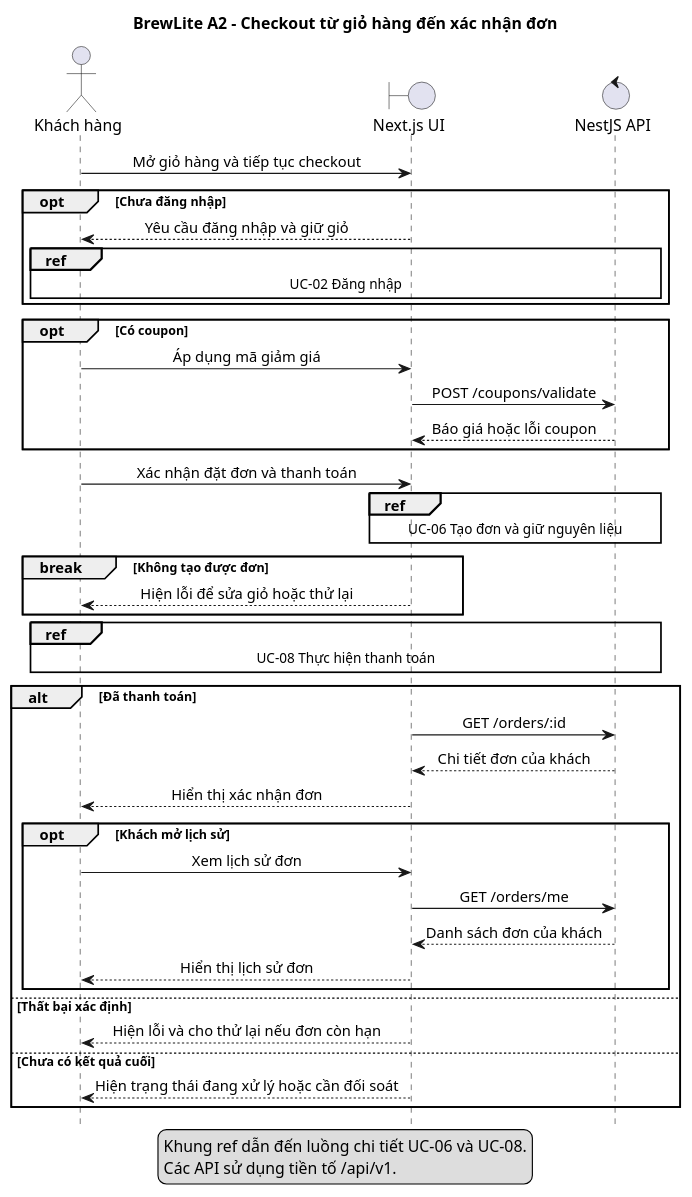
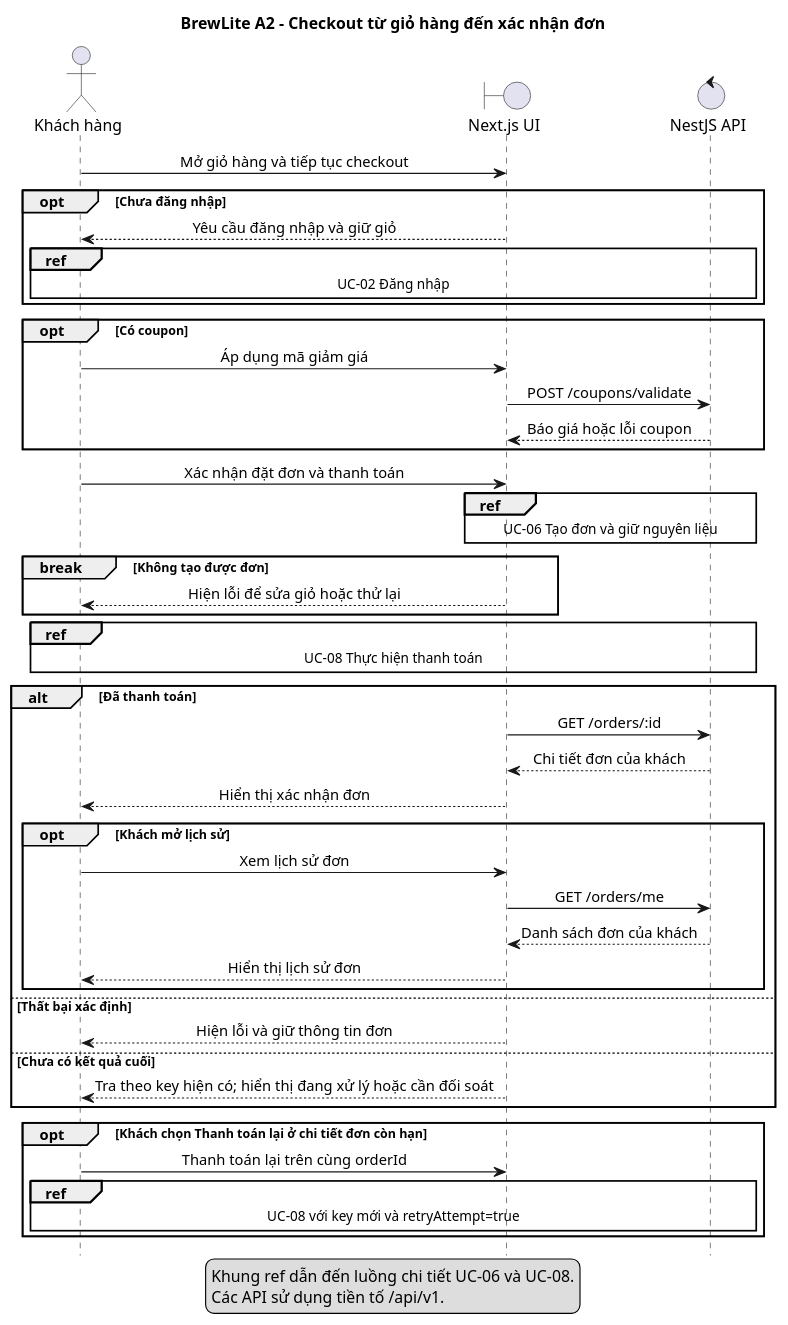
One commit to Fatcatmmb-sudo/BrewLite_A2 changed the diagram in docs/diagrams/sequence-checkout.puml. Above: the diagram before and after it, drawn with PlantUML. The commit also changed 31 other files, not shown here.

```diff
--- a/docs/diagrams/sequence-checkout.puml
+++ b/docs/diagrams/sequence-checkout.puml
@@ -1,47 +1,51 @@
 @startuml
 title BrewLite A2 - Checkout từ giỏ hàng đến xác nhận đơn
 hide footbox
 skinparam defaultFontName Arial
 skinparam shadowing false
 skinparam sequenceMessageAlign center
 actor "Khách hàng" as Customer
 boundary "Next.js UI" as UI
 control "NestJS API" as API
 
 Customer -> UI: Mở giỏ hàng và tiếp tục checkout
 opt Chưa đăng nhập
   UI --> Customer: Yêu cầu đăng nhập và giữ giỏ
   ref over Customer, UI, API: UC-02 Đăng nhập
 end
 opt Có coupon
   Customer -> UI: Áp dụng mã giảm giá
   UI -> API: POST /coupons/validate
   API --> UI: Báo giá hoặc lỗi coupon
 end
 Customer -> UI: Xác nhận đặt đơn và thanh toán
 ref over UI, API: UC-06 Tạo đơn và giữ nguyên liệu
 break Không tạo được đơn
   UI --> Customer: Hiện lỗi để sửa giỏ hoặc thử lại
 end
 
 ref over Customer, UI, API: UC-08 Thực hiện thanh toán
 alt Đã thanh toán
   UI -> API: GET /orders/:id
   API --> UI: Chi tiết đơn của khách
   UI --> Customer: Hiển thị xác nhận đơn
   opt Khách mở lịch sử
     Customer -> UI: Xem lịch sử đơn
     UI -> API: GET /orders/me
     API --> UI: Danh sách đơn của khách
     UI --> Customer: Hiển thị lịch sử đơn
   end
 else Thất bại xác định
-  UI --> Customer: Hiện lỗi và cho thử lại nếu đơn còn hạn
+  UI --> Customer: Hiện lỗi và giữ thông tin đơn
 else Chưa có kết quả cuối
-  UI --> Customer: Hiện trạng thái đang xử lý hoặc cần đối soát
+  UI --> Customer: Tra theo key hiện có; hiển thị đang xử lý hoặc cần đối soát
+end
+opt Khách chọn Thanh toán lại ở chi tiết đơn còn hạn
+  Customer -> UI: Thanh toán lại trên cùng orderId
+  ref over Customer, UI, API: UC-08 với key mới và retryAttempt=true
 end
 legend bottom
   Khung ref dẫn đến luồng chi tiết UC-06 và UC-08.
   Các API sử dụng tiền tố /api/v1.
 endlegend
 @enduml
```
